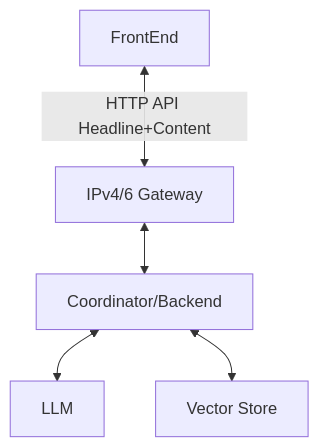
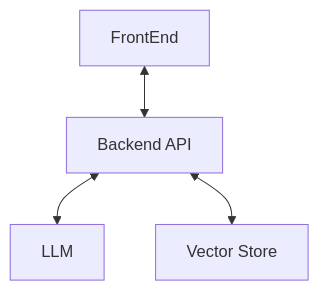
Before and after one commit to time-less-ness/trust-assembly: the diagram in back/README.md, drawn with Mermaid. The commit also changed other lines of this file and 18 other files, not shown here.

````diff
--- a/back/README.md
+++ b/back/README.md
@@ -2,7 +15,6 @@
 ```mermaid
 graph TD
-    A[FrontEnd] <-->|HTTP API Headline+Content| B[IPv4/6 Gateway]
-    B <--> C[Coordinator/Backend]
-    C <--> D[LLM]
-    C <--> E[Vector Store]
+    A[FrontEnd] <--> B[Backend API]
+    B <--> C[LLM]
+    B <--> D[Vector Store]
 ```
````
